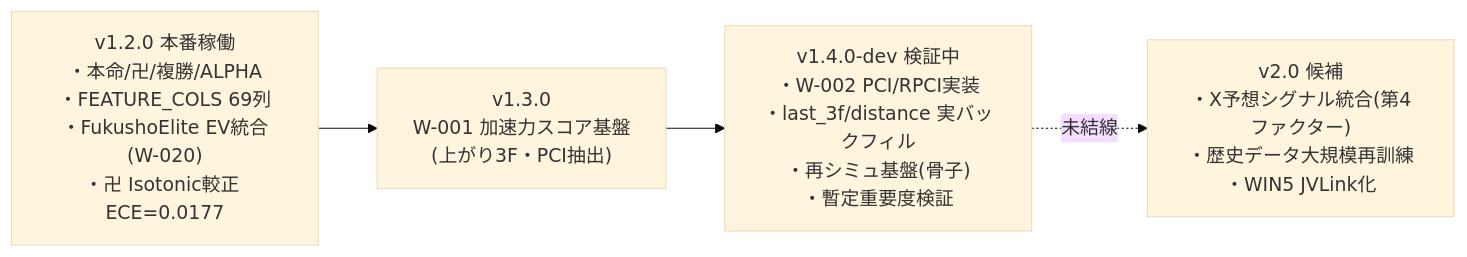
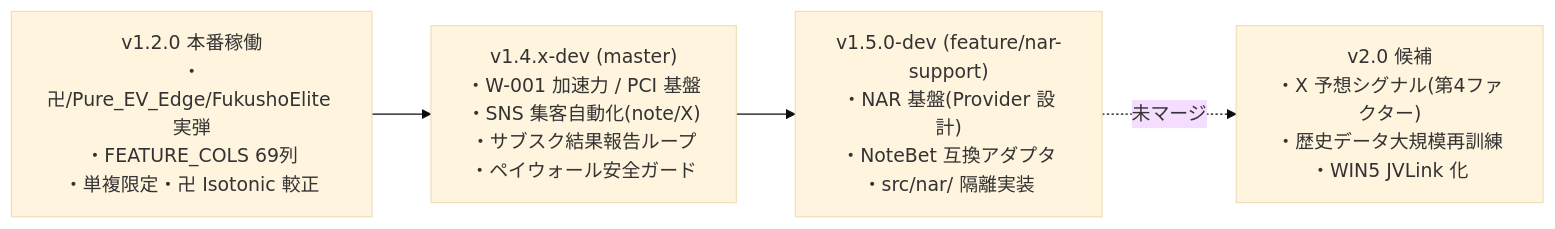
Before and after one commit to uma-logic-user/UMALOGI: the fifth of 5 diagrams in docs/ARCHITECTURE_FINAL.md, drawn with Mermaid (base theme). The commit also changed other lines of this file and 1 other file, not shown here.

````diff
--- a/docs/ARCHITECTURE_FINAL.md
+++ b/docs/ARCHITECTURE_FINAL.md
@@ -161,9 +251,9 @@
 ```mermaid
 graph LR
-    V120["v1.2.0 本番稼働<br/>・本命/卍/複勝/ALPHA<br/>・FEATURE_COLS 69列<br/>・FukushoElite EV統合(W-020)<br/>・卍 Isotonic較正 ECE=0.0177"]
-    V13["v1.3.0<br/>W-001 加速力スコア基盤<br/>(上がり3F・PCI抽出)"]
-    V14["v1.4.0-dev 検証中<br/>・W-002 PCI/RPCI実装<br/>・last_3f/distance 実バックフィル<br/>・再シミュ基盤(骨子)<br/>・暫定重要度検証"]
-    V20["v2.0 候補<br/>・X予想シグナル統合(第4ファクター)<br/>・歴史データ大規模再訓練<br/>・WIN5 JVLink化"]
+    V120["v1.2.0 本番稼働<br/>・卍/Pure_EV_Edge/FukushoElite 実弾<br/>・FEATURE_COLS 69列<br/>・単複限定・卍 Isotonic 較正"]
+    V14["v1.4.x-dev (master)<br/>・W-001 加速力 / PCI 基盤<br/>・SNS 集客自動化(note/X)<br/>・サブスク結果報告ループ<br/>・ペイウォール安全ガード"]
+    V15["v1.5.0-dev (feature/nar-support)<br/>・NAR 基盤(Provider 設計)<br/>・NoteBet 互換アダプタ<br/>・src/nar/ 隔離実装"]
+    V20["v2.0 候補<br/>・X 予想シグナル(第4ファクター)<br/>・歴史データ大規模再訓練<br/>・WIN5 JVLink 化"]
 
-    V120 --> V13 --> V14 -.未結線.-> V20
+    V120 --> V14 --> V15 -.未マージ.-> V20
 ```
````
